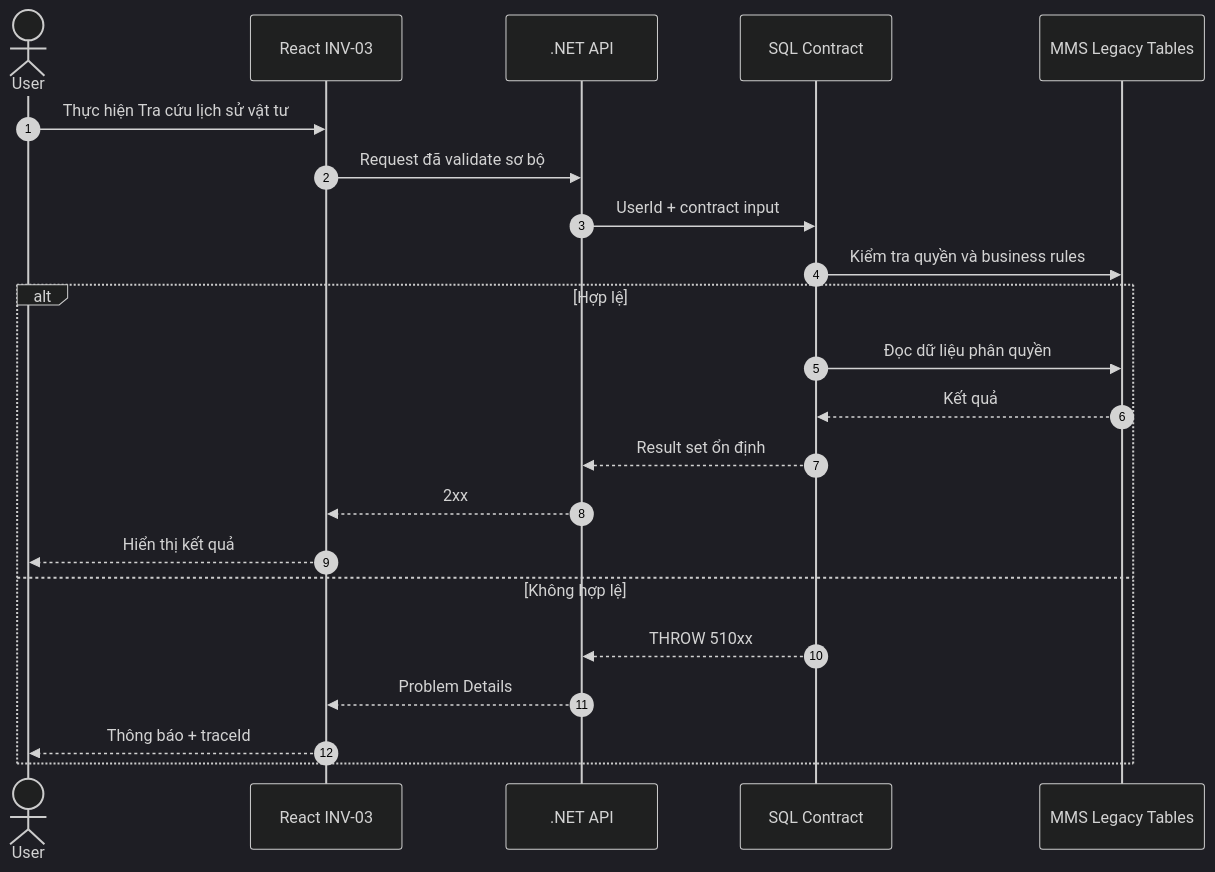
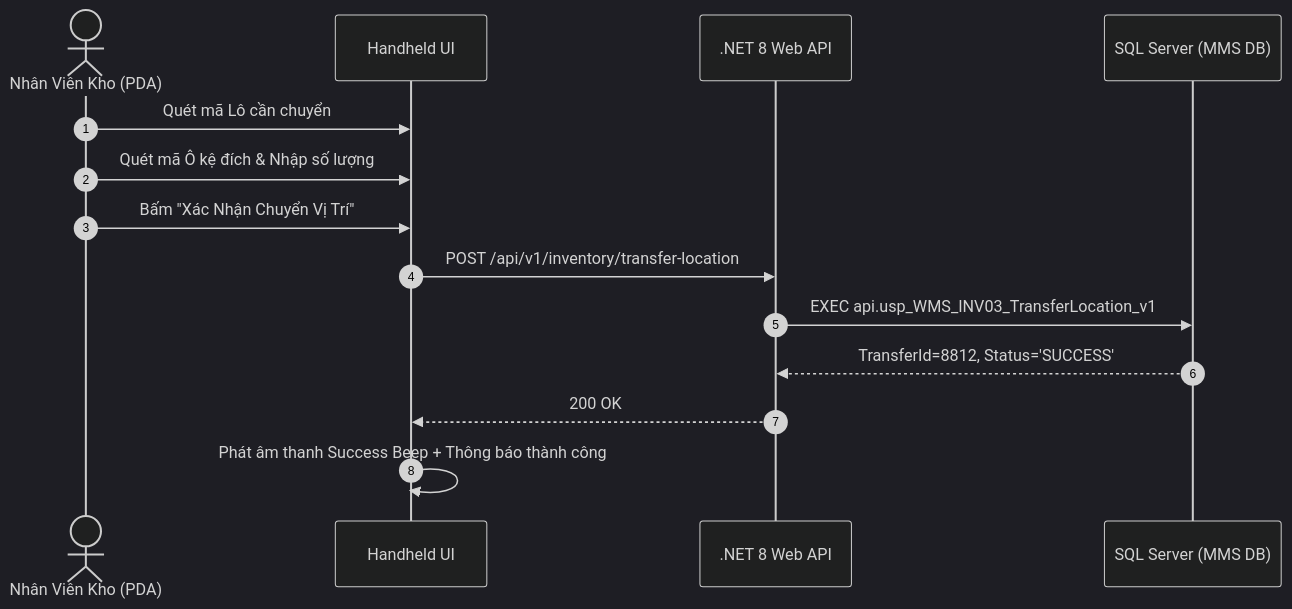
Before and after one commit to Sohoa-KNSG/mms: the diagram in docs/03-use-cases/UC-17_INV-03.md, drawn with Mermaid (dark theme). The commit also changed other lines of this file and 43 other files, not shown here.

````diff
--- a/docs/03-use-cases/UC-17_INV-03.md
+++ b/docs/03-use-cases/UC-17_INV-03.md
@@ -189,24 +44,17 @@
-~~~mermaid
+```mermaid
 sequenceDiagram
     autonumber
-    actor User
-    participant UI as React INV-03
-    participant API as .NET API
-    participant SP as SQL Contract
-    participant DB as MMS Legacy Tables
-    User->>UI: Thực hiện Tra cứu lịch sử vật tư
-    UI->>API: Request đã validate sơ bộ
-    API->>SP: UserId + contract input
-    SP->>DB: Kiểm tra quyền và business rules
-    alt Hợp lệ
-        SP->>DB: Đọc dữ liệu phân quyền
-        DB-->>SP: Kết quả
-        SP-->>API: Result set ổn định
-        API-->>UI: 2xx
-        UI-->>User: Hiển thị kết quả
-    else Không hợp lệ
-        SP-->>API: THROW 510xx
-        API-->>UI: Problem Details
-        UI-->>User: Thông báo + traceId
-    end
-~~~
+    actor Staff as Nhân Viên Kho (PDA)
+    participant UI as Handheld UI
+    participant API as .NET 8 Web API
+    participant DB as SQL Server (MMS DB)
+
+    Staff->>UI: Quét mã Lô cần chuyển
+    Staff->>UI: Quét mã Ô kệ đích & Nhập số lượng
+    Staff->>UI: Bấm "Xác Nhận Chuyển Vị Trí"
+    UI->>API: POST /api/v1/inventory/transfer-location
+    API->>DB: EXEC api.usp_WMS_INV03_TransferLocation_v1
+    DB-->>API: TransferId=8812, Status='SUCCESS'
+    API-->>UI: 200 OK
+    UI->>UI: Phát âm thanh Success Beep + Thông báo thành công
+```
````
